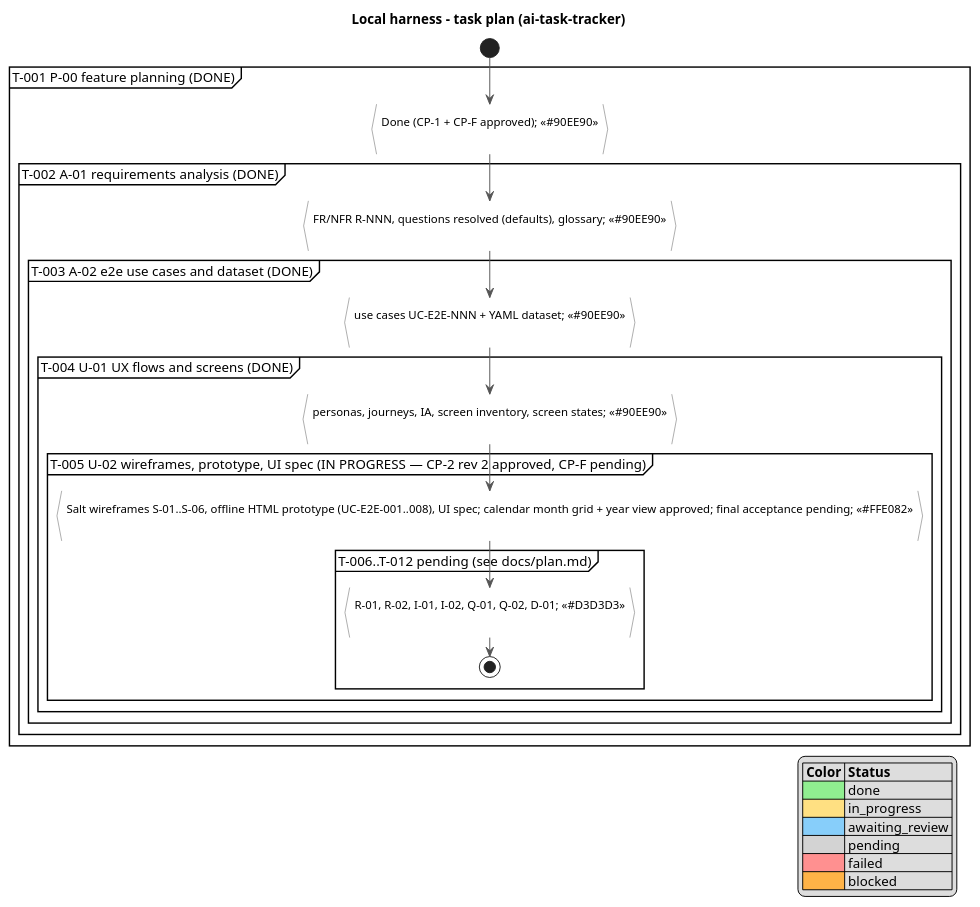
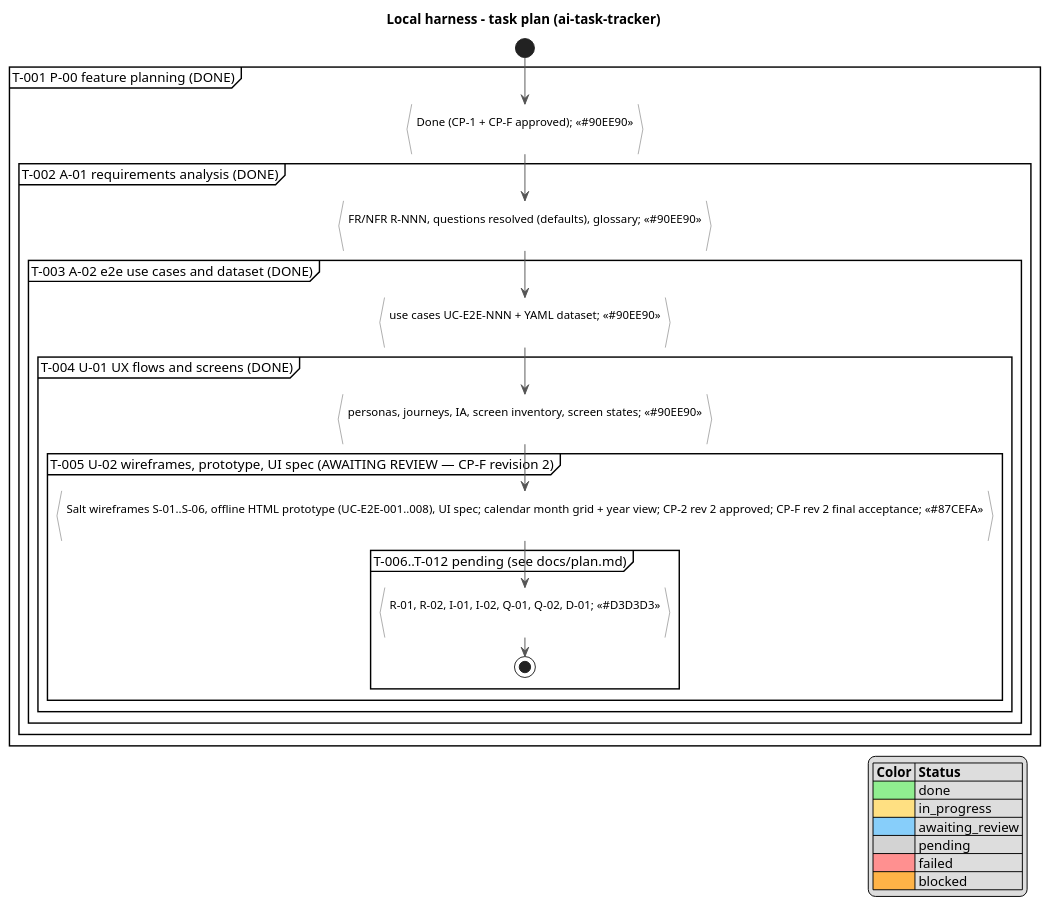
Before and after one commit to serge-sasov/ai-task-tracker: the diagram in docs/activity.puml, drawn with PlantUML. The commit also changed 4 other files, not shown here.

Commit message:
T-005: CP-F revision 2 (U-02 final acceptance) awaiting review

```diff
--- a/docs/activity.puml
+++ b/docs/activity.puml
@@ -1,38 +1,38 @@
 @startuml
 skinparam defaultFontName Segoe UI
 skinparam ActivityBackgroundColor #FFFFFF
 skinparam ActivityBorderColor #555555
 skinparam ArrowColor #555555
 title Local harness - task plan (ai-task-tracker)
 
 start
 partition "T-001 P-00 feature planning (DONE)" {
   :Done (CP-1 + CP-F approved); <<#90EE90>>
 }
 partition "T-002 A-01 requirements analysis (DONE)" {
   :FR/NFR R-NNN, questions resolved (defaults), glossary; <<#90EE90>>
 }
 partition "T-003 A-02 e2e use cases and dataset (DONE)" {
   :use cases UC-E2E-NNN + YAML dataset; <<#90EE90>>
 }
 partition "T-004 U-01 UX flows and screens (DONE)" {
   :personas, journeys, IA, screen inventory, screen states; <<#90EE90>>
 }
-partition "T-005 U-02 wireframes, prototype, UI spec (IN PROGRESS — CP-2 rev 2 approved, CP-F pending)" {
-  :Salt wireframes S-01..S-06, offline HTML prototype (UC-E2E-001..008), UI spec; calendar month grid + year view approved; final acceptance pending; <<#FFE082>>
+partition "T-005 U-02 wireframes, prototype, UI spec (AWAITING REVIEW — CP-F revision 2)" {
+  :Salt wireframes S-01..S-06, offline HTML prototype (UC-E2E-001..008), UI spec; calendar month grid + year view; CP-2 rev 2 approved; CP-F rev 2 final acceptance; <<#87CEFA>>
 }
 partition "T-006..T-012 pending (see docs/plan.md)" {
   :R-01, R-02, I-01, I-02, Q-01, Q-02, D-01; <<#D3D3D3>>
 }
 stop
 
 legend right
  |= Color |= Status |
  |<#90EE90>| done |
  |<#FFE082>| in_progress |
  |<#87CEFA>| awaiting_review |
  |<#D3D3D3>| pending |
  |<#FF9090>| failed |
  |<#FFB347>| blocked |
 endlegend
 @enduml
```
